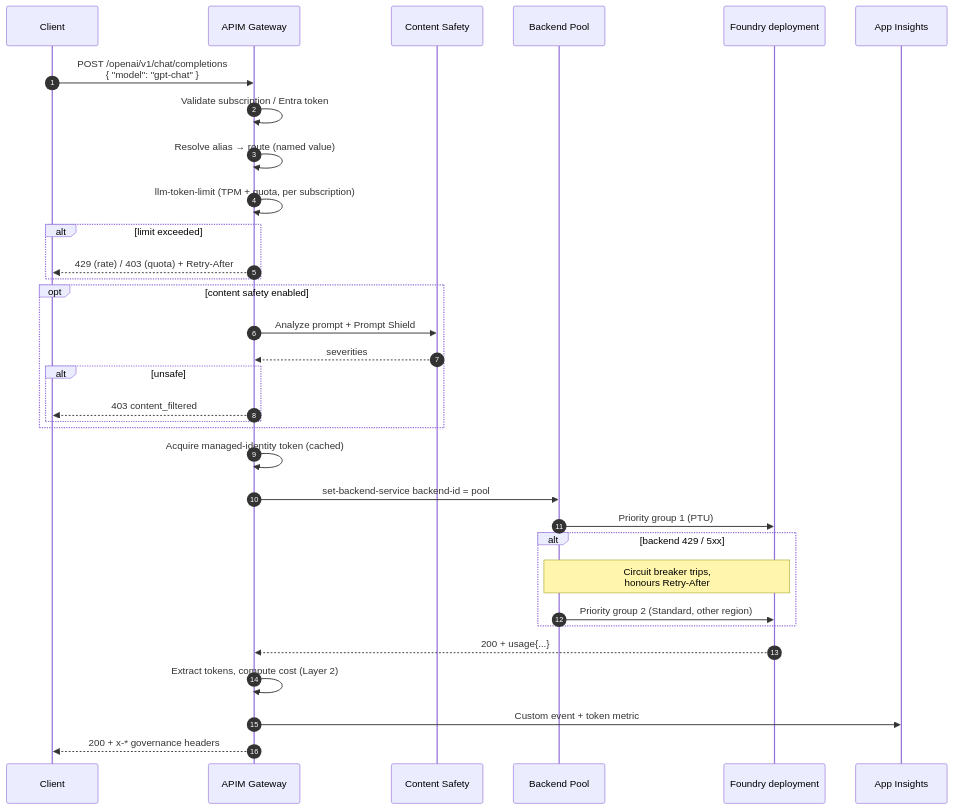
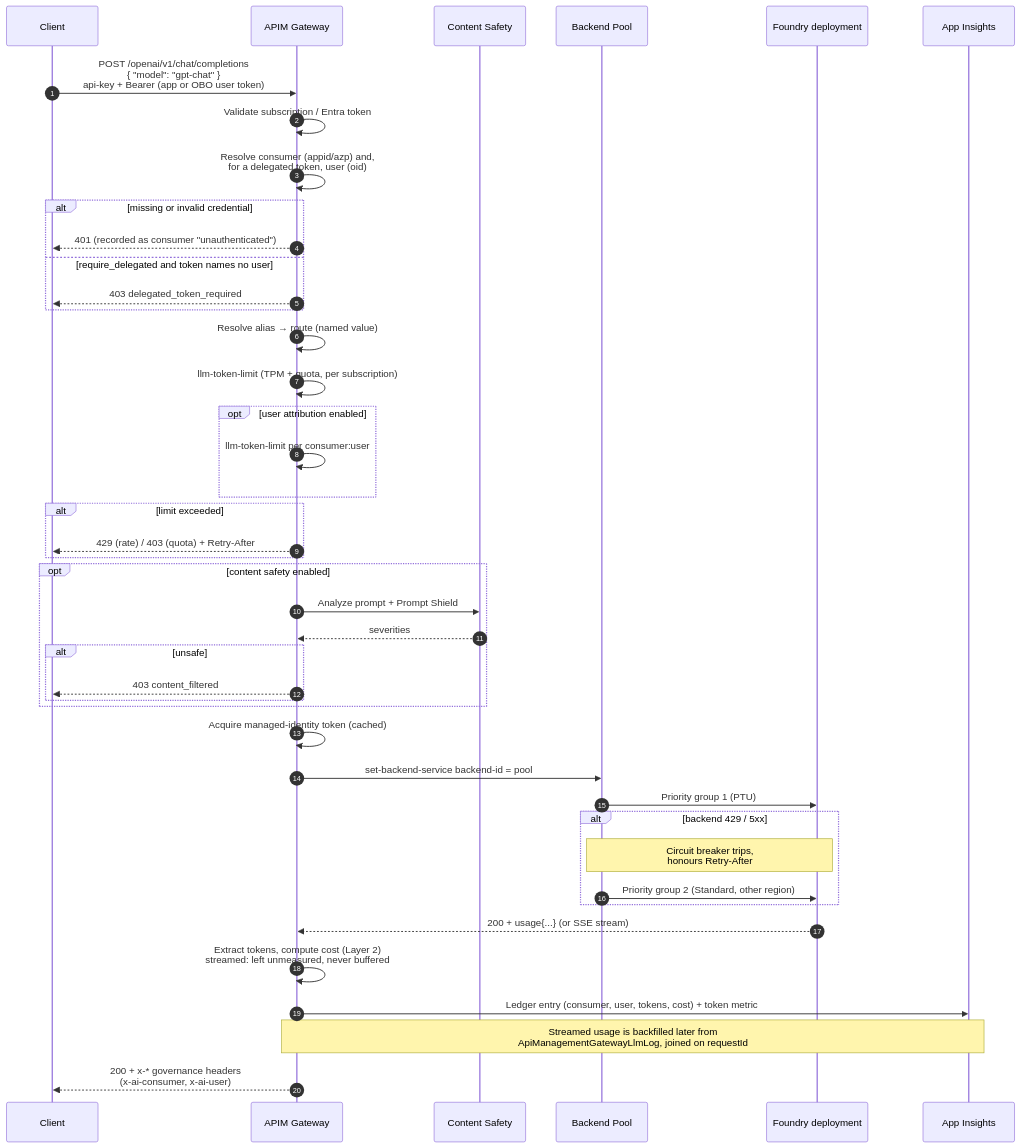
One commit to muazuisah/azure-ai-gateway-cost-attribution changed the second of 10 diagrams in docs/architecture.md. Above: the diagram before and after it, drawn with Mermaid. The commit also changed other lines of this file and 31 other files, not shown here.

First line of the commit message:
Add per-user cost attribution via On-Behalf-Of tokens (#11)

````diff
--- a/docs/architecture.md
+++ b/docs/architecture.md
@@ -103,36 +106,46 @@
 ```mermaid
 sequenceDiagram
     autonumber
     participant C as Client
     participant G as APIM Gateway
     participant CS as Content Safety
     participant P as Backend Pool
     participant F as Foundry deployment
     participant AI as App Insights
 
-    C->>G: POST /openai/v1/chat/completions<br/>{ "model": "gpt-chat" }
+    C->>G: POST /openai/v1/chat/completions<br/>{ "model": "gpt-chat" }<br/>api-key + Bearer (app or OBO user token)
     G->>G: Validate subscription / Entra token
+    G->>G: Resolve consumer (appid/azp) and,<br/>for a delegated token, user (oid)
+    alt missing or invalid credential
+        G-->>C: 401 (recorded as consumer "unauthenticated")
+    else require_delegated and token names no user
+        G-->>C: 403 delegated_token_required
+    end
     G->>G: Resolve alias → route (named value)
     G->>G: llm-token-limit (TPM + quota, per subscription)
+    opt user attribution enabled
+        G->>G: llm-token-limit per consumer:user
+    end
     alt limit exceeded
         G-->>C: 429 (rate) / 403 (quota) + Retry-After
     end
     opt content safety enabled
         G->>CS: Analyze prompt + Prompt Shield
         CS-->>G: severities
         alt unsafe
             G-->>C: 403 content_filtered
         end
     end
     G->>G: Acquire managed-identity token (cached)
     G->>P: set-backend-service backend-id = pool
     P->>F: Priority group 1 (PTU)
     alt backend 429 / 5xx
         Note over P,F: Circuit breaker trips,<br/>honours Retry-After
         P->>F: Priority group 2 (Standard, other region)
     end
-    F-->>G: 200 + usage{...}
-    G->>G: Extract tokens, compute cost (Layer 2)
-    G->>AI: Custom event + token metric
-    G-->>C: 200 + x-* governance headers
+    F-->>G: 200 + usage{...} (or SSE stream)
+    G->>G: Extract tokens, compute cost (Layer 2)<br/>streamed: left unmeasured, never buffered
+    G->>AI: Ledger entry (consumer, user, tokens, cost) + token metric
+    Note over G,AI: Streamed usage is backfilled later from<br/>ApiManagementGatewayLlmLog, joined on requestId
+    G-->>C: 200 + x-* governance headers<br/>(x-ai-consumer, x-ai-user)
 ```
````
